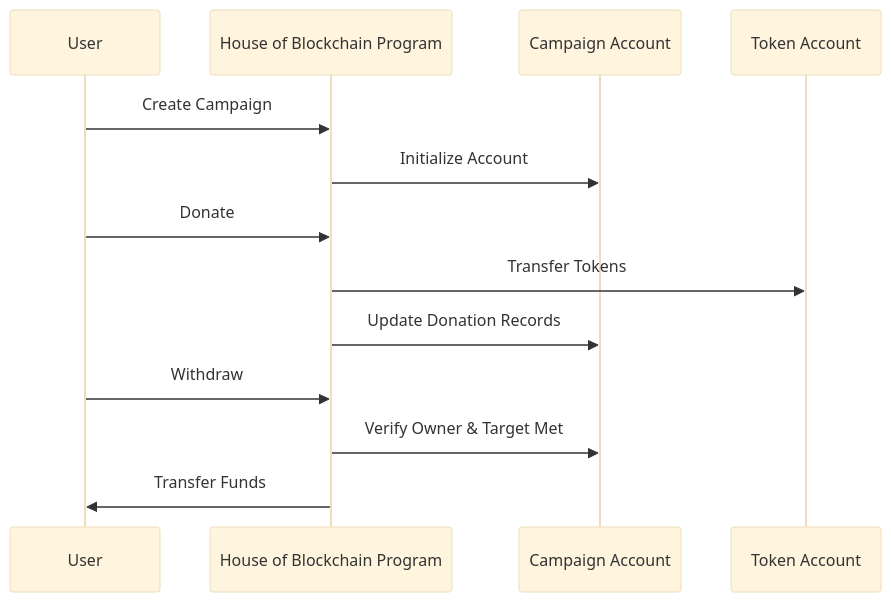
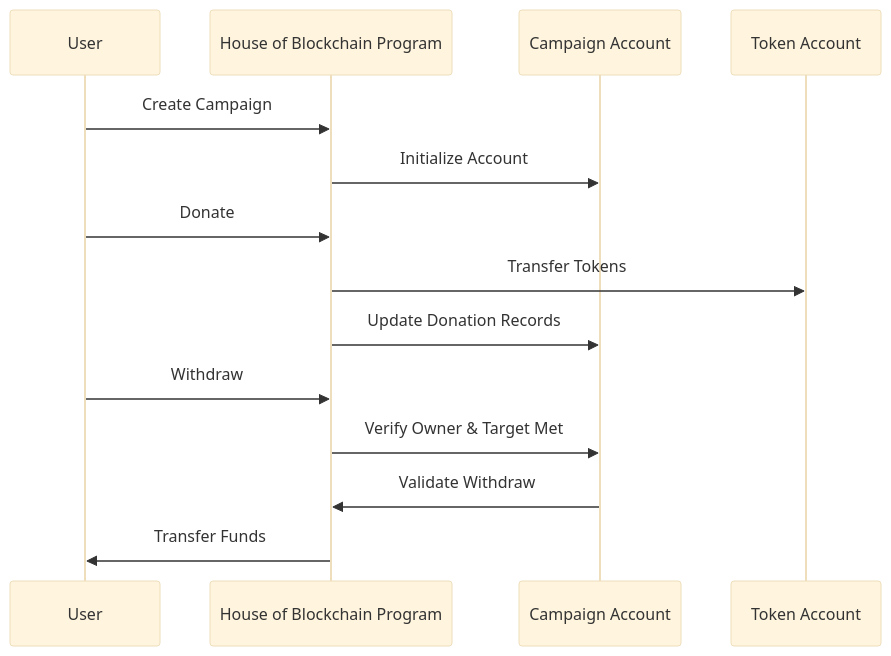
One commit to nileshpahari/heartofblockchain changed the second of 2 diagrams in README.md. Above: the diagram before and after it, drawn with Mermaid (base theme).

````diff
--- a/README.md
+++ b/README.md
@@ -30,18 +30,19 @@
 ```mermaid
 sequenceDiagram
     participant User
     participant Program as House of Blockchain Program
     participant Campaign as Campaign Account
     participant Token as Token Account
 
     User->>Program: Create Campaign
     Program->>Campaign: Initialize Account
     
     User->>Program: Donate
     Program->>Token: Transfer Tokens
     Program->>Campaign: Update Donation Records
-    
+
     User->>Program: Withdraw
     Program->>Campaign: Verify Owner & Target Met
+    Campaign->>Program: Validate Withdraw
     Program->>User: Transfer Funds
 ```
````
